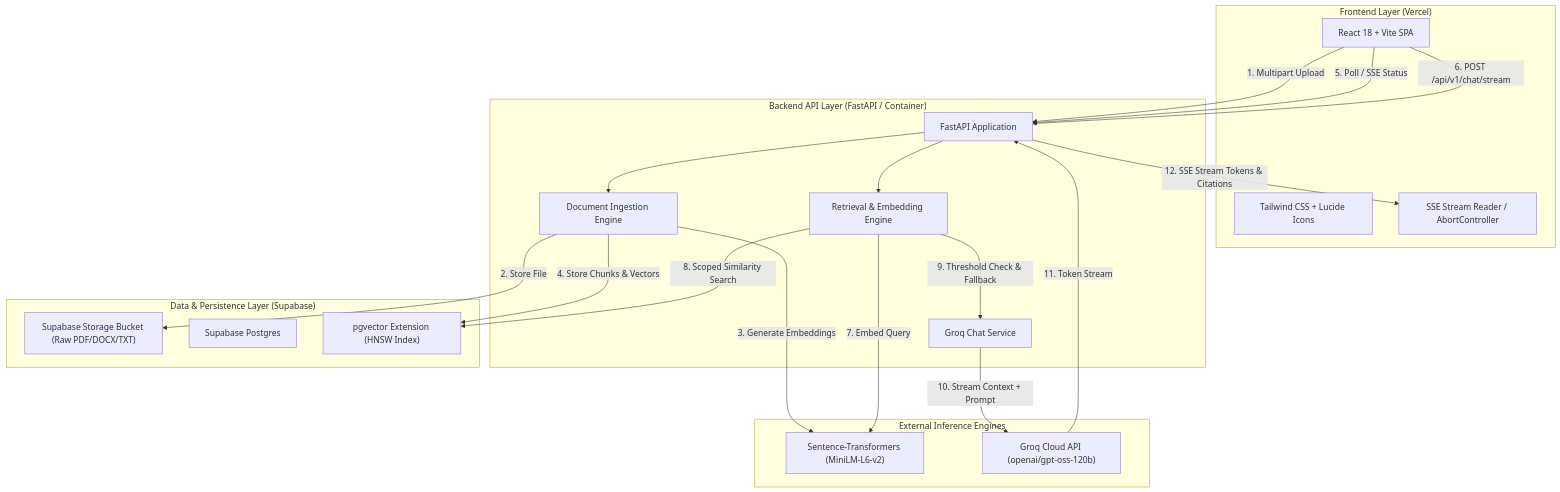
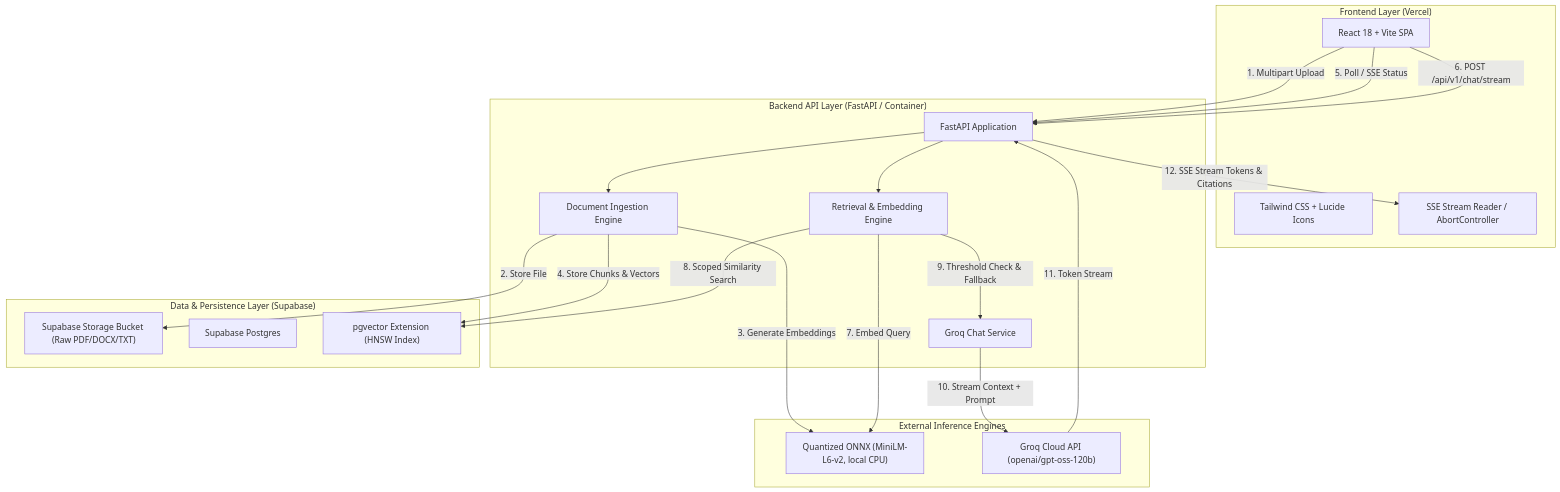
One commit to virajgawari/rag-chatbot changed the first of 3 diagrams in docs/architecture.md. Above: the diagram before and after it, drawn with Mermaid. The commit also changed other lines of this file and 28 other files, not shown here.

````diff
--- a/docs/architecture.md
+++ b/docs/architecture.md
@@ -18,43 +18,43 @@
 ```mermaid
 flowchart TD
     subgraph ClientLayer["Frontend Layer (Vercel)"]
         UI["React 18 + Vite SPA"]
         Tailwind["Tailwind CSS + Lucide Icons"]
         SSEConsumer["SSE Stream Reader / AbortController"]
     end
 
     subgraph APILayer["Backend API Layer (FastAPI / Container)"]
         Router["FastAPI Application"]
         IngestionService["Document Ingestion Engine"]
         VectorService["Retrieval & Embedding Engine"]
         LLMService["Groq Chat Service"]
     end
 
     subgraph StorageLayer["Data & Persistence Layer (Supabase)"]
         SupabaseStorage["Supabase Storage Bucket (Raw PDF/DOCX/TXT)"]
         PostgresDB["Supabase Postgres"]
         PGVector["pgvector Extension (HNSW Index)"]
     end
 
     subgraph InferenceLayer["External Inference Engines"]
-        Embedder["Sentence-Transformers (MiniLM-L6-v2)"]
+        Embedder["Quantized ONNX (MiniLM-L6-v2, local CPU)"]
         Groq["Groq Cloud API (openai/gpt-oss-120b)"]
     end
 
     UI -->|1. Multipart Upload| Router
     Router --> IngestionService
     IngestionService -->|2. Store File| SupabaseStorage
     IngestionService -->|3. Generate Embeddings| Embedder
     IngestionService -->|4. Store Chunks & Vectors| PGVector
     
     UI -->|5. Poll / SSE Status| Router
     
     UI -->|6. POST /api/v1/chat/stream| Router
     Router --> VectorService
     VectorService -->|7. Embed Query| Embedder
     VectorService -->|8. Scoped Similarity Search| PGVector
     VectorService -->|9. Threshold Check & Fallback| LLMService
     LLMService -->|10. Stream Context + Prompt| Groq
     Groq -->|11. Token Stream| Router
     Router -->|12. SSE Stream Tokens & Citations| SSEConsumer
 ```
````
